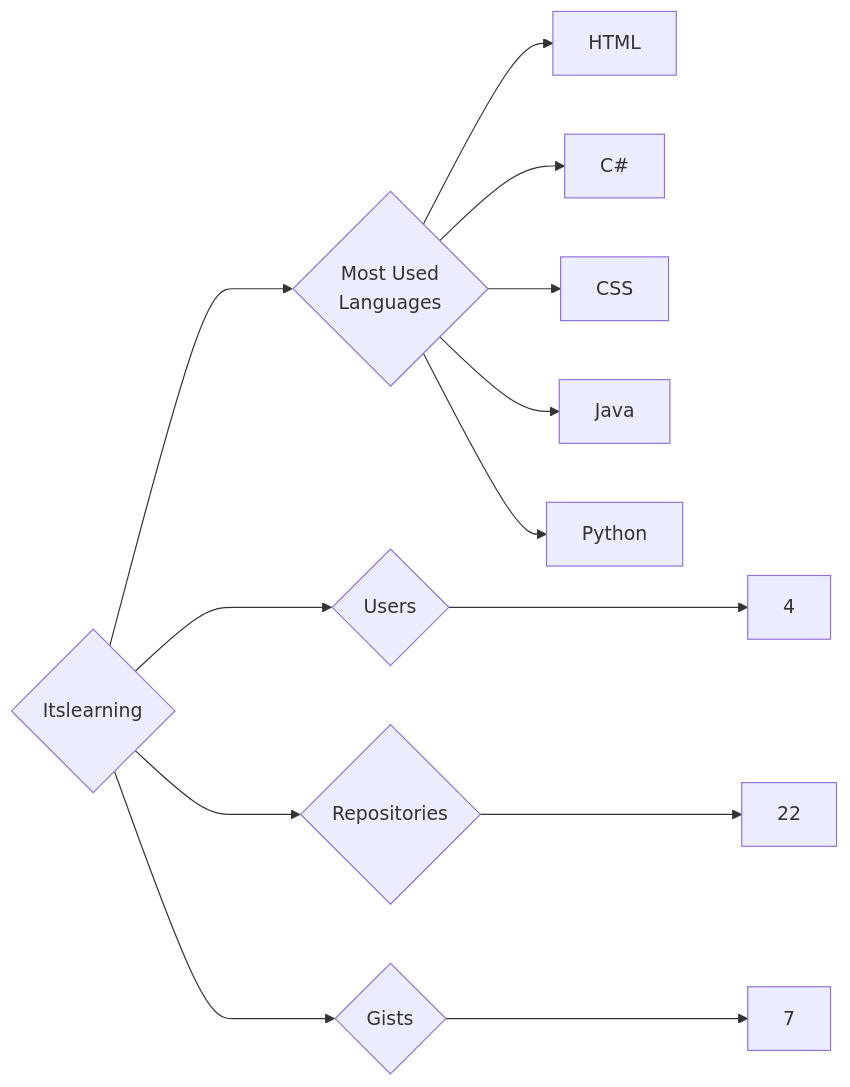
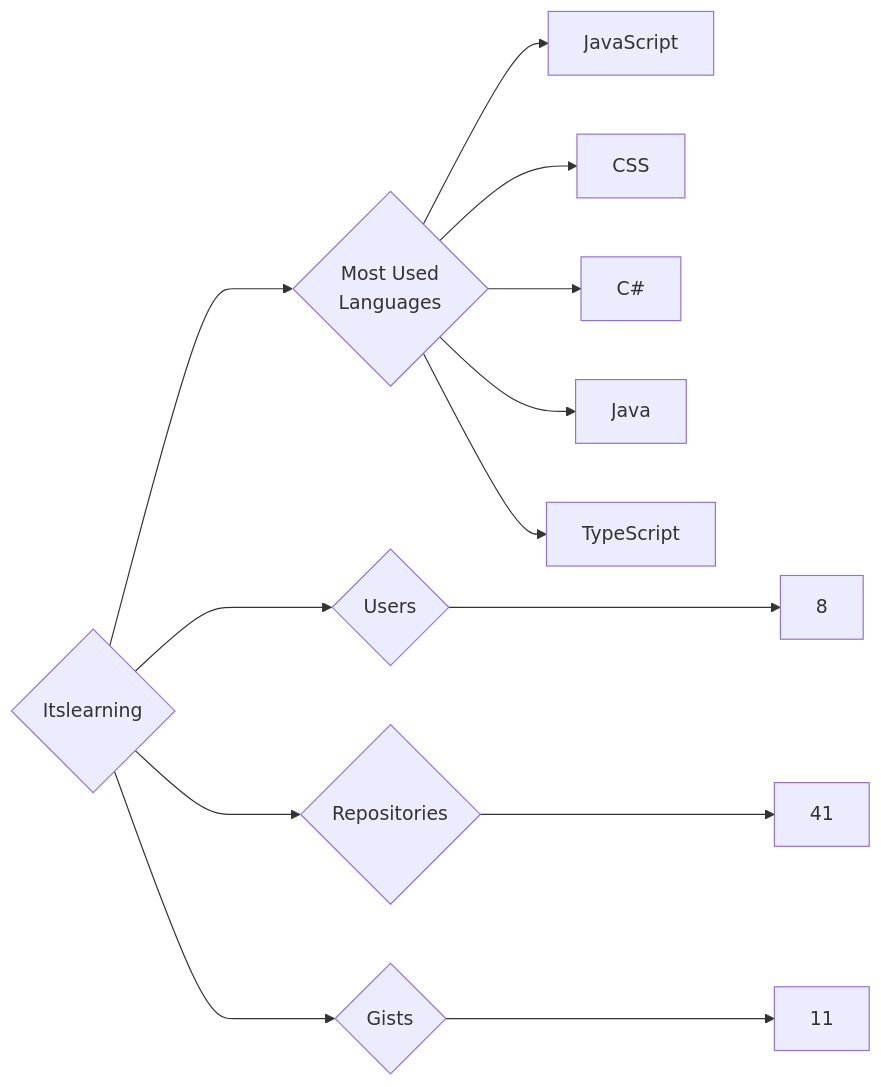
The diagram in targets/Itslearning/README.md (trickest/insiders), drawn with Mermaid before and after one commit. The commit also changed 859 other files, not shown here.

````diff
--- a/targets/Itslearning/README.md
+++ b/targets/Itslearning/README.md
@@ -3,13 +3,13 @@
 ```mermaid
 graph LR
 COMPANY_NAME{Itslearning}
-COMPANY_NAME ---> U{Users} ---> UN[4]
-COMPANY_NAME ---> R{Repositories} ---> RN[22]
-COMPANY_NAME ---> G{Gists} ---> GN[7]
+COMPANY_NAME ---> U{Users} ---> UN[8]
+COMPANY_NAME ---> R{Repositories} ---> RN[41]
+COMPANY_NAME ---> G{Gists} ---> GN[11]
 COMPANY_NAME ---> ML{Most Used<br>Languages}
-ML --> HTML[HTML]
+ML --> JavaScript[JavaScript]
+ML --> CSS[CSS]
 ML --> C#[C#]
-ML --> CSS[CSS]
 ML --> Java[Java]
-ML --> Python[Python]
+ML --> TypeScript[TypeScript]
 ```
````
